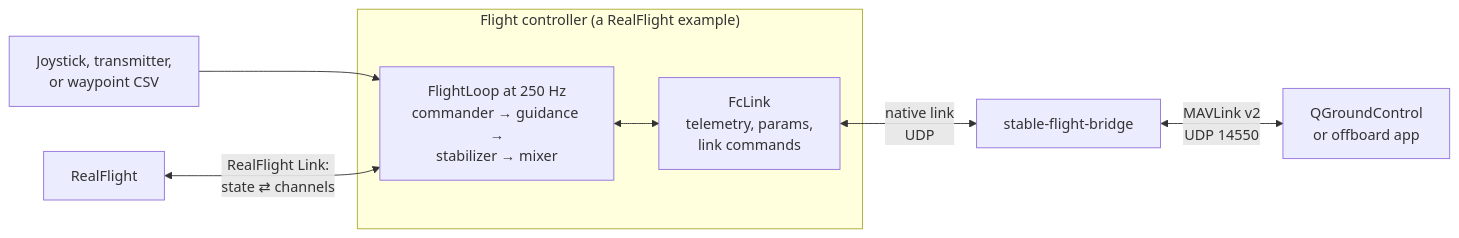
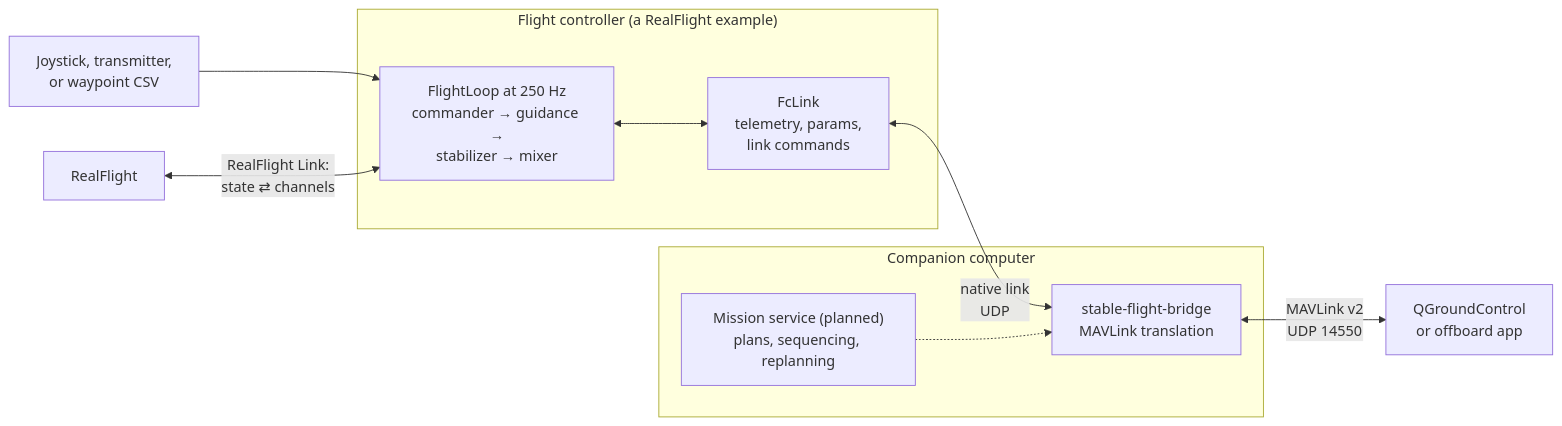
The diagram in README.md (wboayue/stable-flight), drawn with Mermaid before and after one commit. The commit also changed other lines of this file and 3 other files, not shown here.

Commit message:
Design principles: autonomous stack, flight controller stabilizes and keeps safe, companion manages missions (#350)

````diff
--- a/README.md
+++ b/README.md
@@ -21,12 +19,17 @@
 ```mermaid
 flowchart LR
     pilot["Joystick, transmitter,<br/>or waypoint CSV"] --> loop
     rf["RealFlight"] <-->|"RealFlight Link:<br/>state ⇄ channels"| loop
     subgraph fc ["Flight controller (a RealFlight example)"]
         loop["FlightLoop at 250 Hz<br/>commander → guidance →<br/>stabilizer → mixer"]
         fclink["FcLink<br/>telemetry, params,<br/>link commands"]
         loop <--> fclink
     end
-    fclink <-->|"native link<br/>UDP"| bridge["stable-flight-bridge"]
+    subgraph companion ["Companion computer"]
+        bridge["stable-flight-bridge<br/>MAVLink translation"]
+        mission["Mission service (planned)<br/>plans, sequencing, replanning"]
+    end
+    fclink <-->|"native link<br/>UDP"| bridge
+    mission -.-> bridge
     bridge <-->|"MAVLink v2<br/>UDP 14550"| gcs["QGroundControl<br/>or offboard app"]
 ```
````
